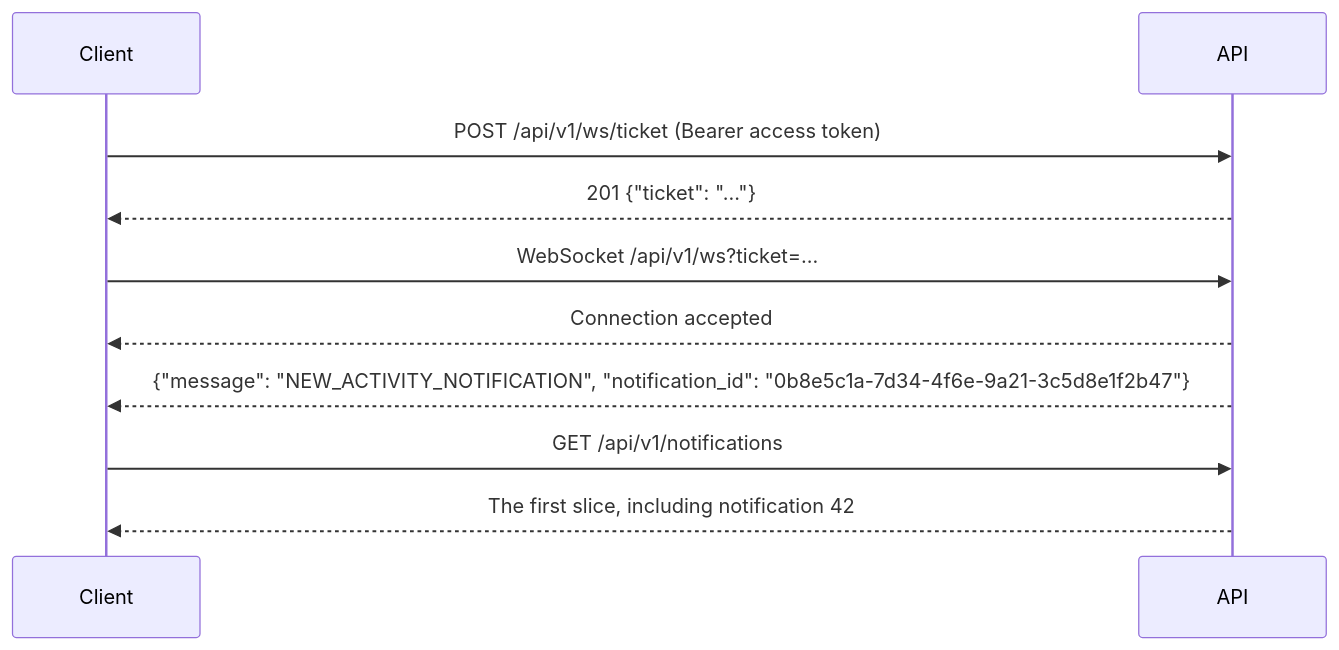
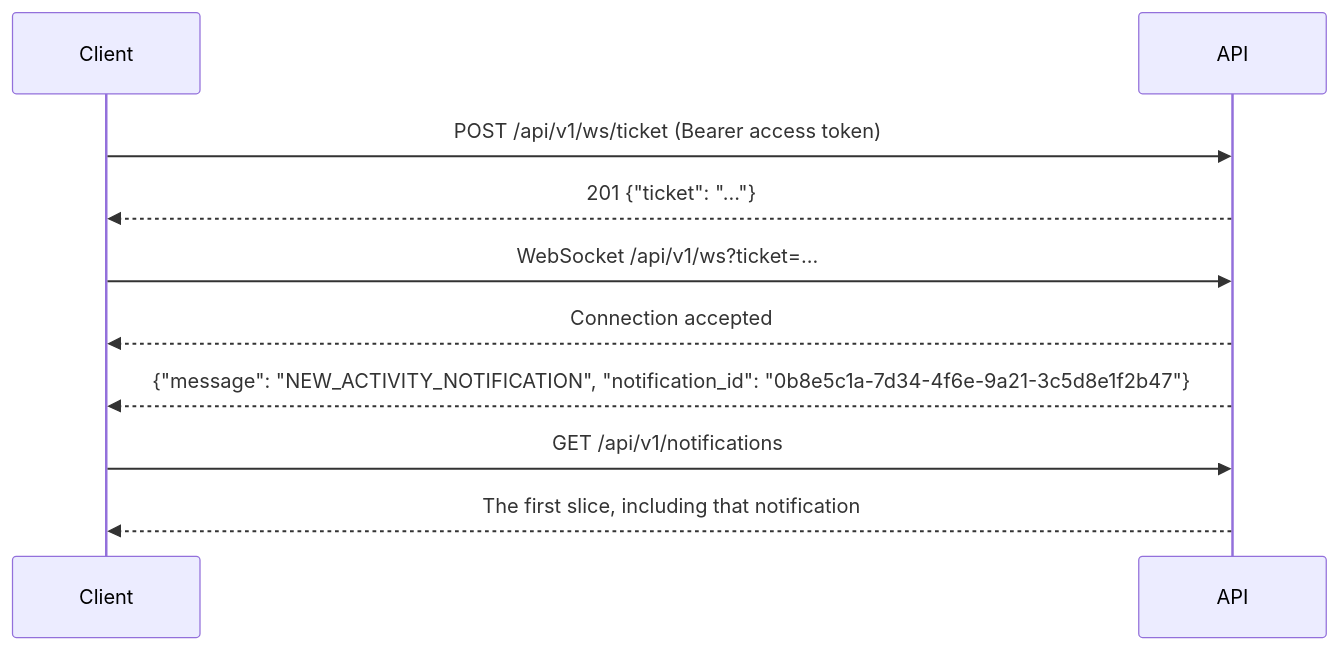
The first of 2 diagrams in docs/integrate/realtime.md (endurain-project/endurain), drawn with Mermaid before and after one commit. The commit also changed other lines of this file and 14 other files, not shown here.

````diff
--- a/docs/integrate/realtime.md
+++ b/docs/integrate/realtime.md
@@ -11,12 +11,12 @@
 ```mermaid
 sequenceDiagram
     participant C as Client
     participant API
     C->>API: POST /api/v1/ws/ticket (Bearer access token)
     API-->>C: 201 {"ticket": "..."}
     C->>API: WebSocket /api/v1/ws?ticket=...
     API-->>C: Connection accepted
     API-->>C: {"message": "NEW_ACTIVITY_NOTIFICATION", "notification_id": "0b8e5c1a-7d34-4f6e-9a21-3c5d8e1f2b47"}
     C->>API: GET /api/v1/notifications
-    API-->>C: The first slice, including notification 42
+    API-->>C: The first slice, including that notification
 ```
````
